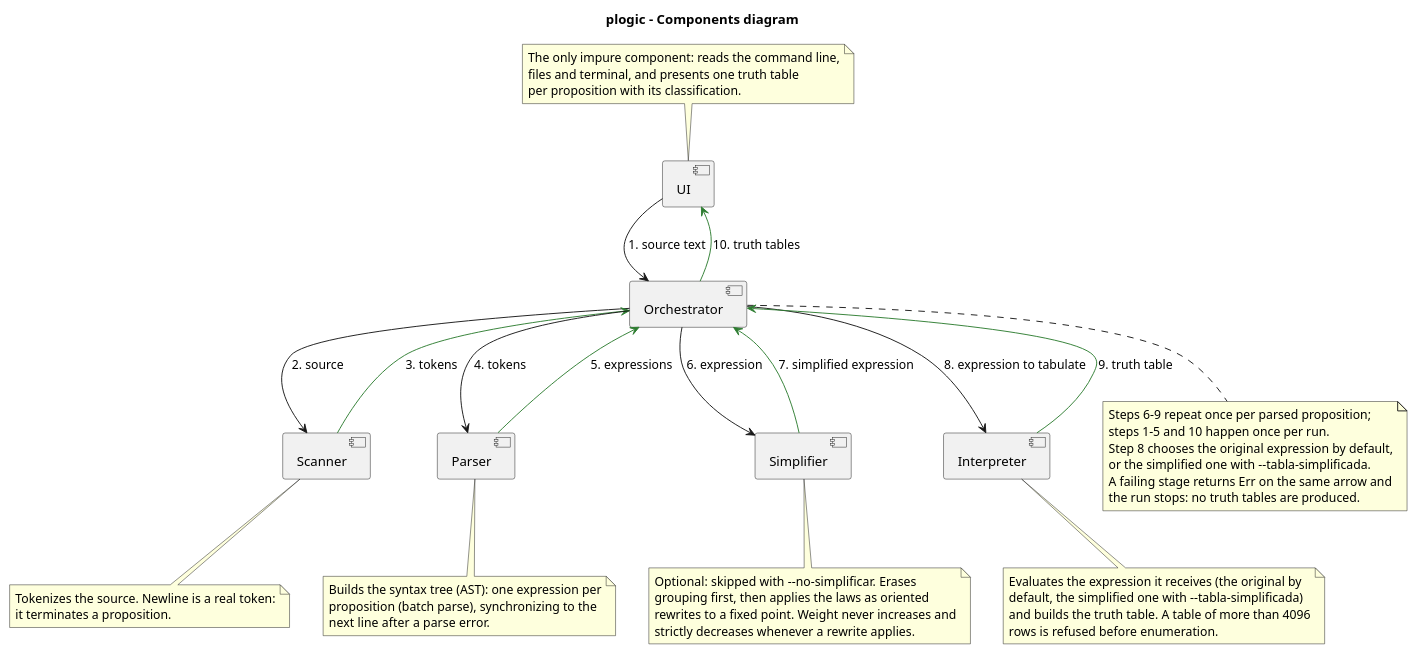
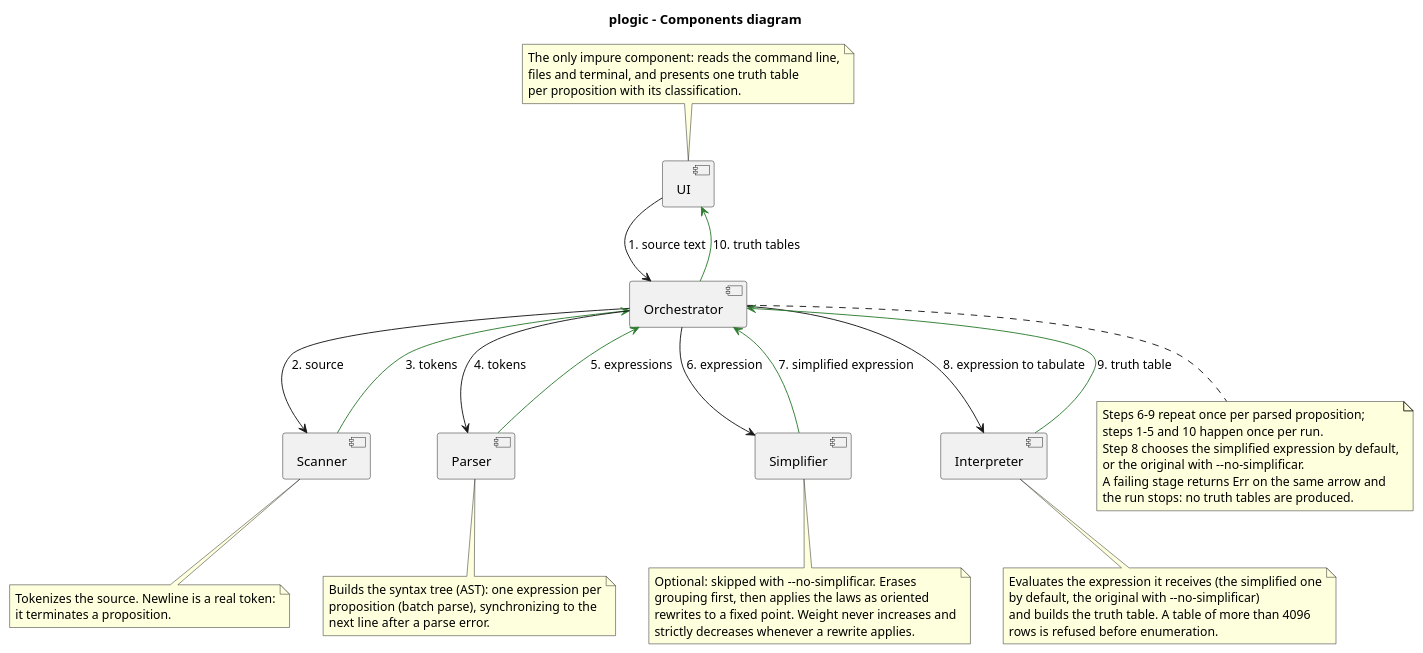
Before and after one commit to Josgtg/plogic: the diagram in design/diagrams/components_diagram.puml, drawn with PlantUML. The commit also changed 14 other files, not shown here.

Commit message:
design: document simplified-by-default tables and the new flags

```diff
--- a/design/diagrams/components_diagram.puml
+++ b/design/diagrams/components_diagram.puml
@@ -1,70 +1,70 @@
 @startuml components_diagram
 title plogic - Components diagram
 
 component "UI" as UI
 component "Orchestrator" as Orchestrator
 component "Scanner" as Scanner
 component "Parser" as Parser
 component "Simplifier" as Simplifier
 component "Interpreter" as Interpreter
 
 note top of UI
   The only impure component: reads the command line,
   files and terminal, and presents one truth table
   per proposition with its classification.
 end note
 
 note bottom of Scanner
   Tokenizes the source. Newline is a real token:
   it terminates a proposition.
 end note
 
 note bottom of Parser
   Builds the syntax tree (AST): one expression per
   proposition (batch parse), synchronizing to the
   next line after a parse error.
 end note
 
 note bottom of Simplifier
   Optional: skipped with --no-simplificar. Erases
   grouping first, then applies the laws as oriented
   rewrites to a fixed point. Weight never increases and
   strictly decreases whenever a rewrite applies.
 end note
 
 note bottom of Interpreter
-  Evaluates the expression it receives (the original by
-  default, the simplified one with --tabla-simplificada)
+  Evaluates the expression it receives (the simplified one
+  by default, the original with --no-simplificar)
   and builds the truth table. A table of more than 4096
   rows is refused before enumeration.
 end note
 
 UI -down-> Orchestrator : 1. source text
 Orchestrator -up-> UI #2E7D32 : 10. truth tables
 
 Orchestrator -down-> Scanner : 2. source
 Scanner -up-> Orchestrator #2E7D32 : 3. tokens
 
 Orchestrator -down-> Parser : 4. tokens
 Parser -up-> Orchestrator #2E7D32 : 5. expressions
 
 note bottom of Orchestrator
   Steps 6-9 repeat once per parsed proposition;
   steps 1-5 and 10 happen once per run.
-  Step 8 chooses the original expression by default,
-  or the simplified one with --tabla-simplificada.
+  Step 8 chooses the simplified expression by default,
+  or the original with --no-simplificar.
   A failing stage returns Err on the same arrow and
   the run stops: no truth tables are produced.
 end note
 
 Orchestrator -down-> Simplifier : 6. expression
 Simplifier -up-> Orchestrator #2E7D32 : 7. simplified expression
 
 Orchestrator -down-> Interpreter : 8. expression to tabulate
 Interpreter -up-> Orchestrator #2E7D32 : 9. truth table
 
 Scanner -[hidden]right- Parser
 Parser -[hidden]right- Simplifier
 Simplifier -[hidden]right- Interpreter
 
 @enduml
```
